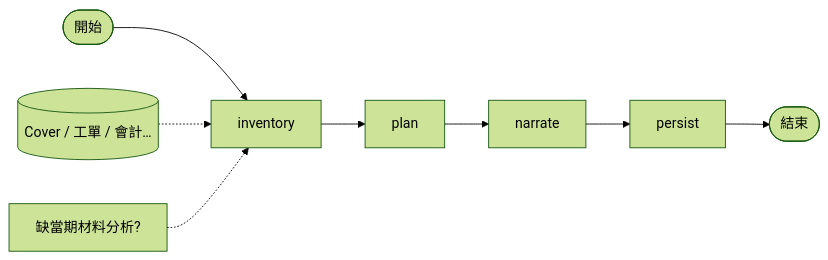
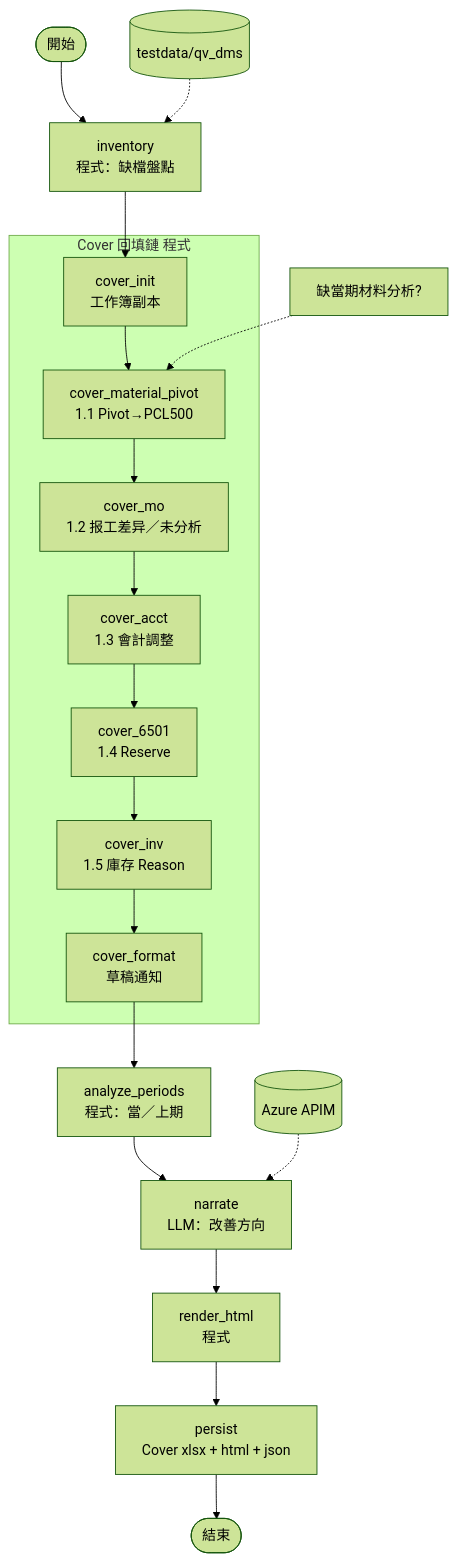
Before and after one commit to jellyfish00001/MoAgentChat_Work: the first of 2 diagrams in docs/flow-templates/03-範本-qv_dms_pipeline.md, drawn with Mermaid (forest theme). The commit also changed other lines of this file and 42 other files, not shown here.

````diff
--- a/docs/flow-templates/03-範本-qv_dms_pipeline.md
+++ b/docs/flow-templates/03-範本-qv_dms_pipeline.md
@@ -14,10 +24,24 @@
 ```mermaid
-flowchart LR
-  S([開始]) --> I[inventory]
-  I --> P[plan]
-  P --> N[narrate]
-  N --> W[persist]
-  W --> E([結束])
-  Files[(Cover / 工單 / 會計…)] -.-> I
-  Missing[缺當期材料分析?] -.-> I
+flowchart TD
+  S([開始]) --> Inv[inventory<br/>程式：缺檔盤點]
+  Inv --> Init[cover_init<br/>工作簿副本]
+
+  subgraph coverChain [Cover 回填鏈 程式]
+    Init --> M1[cover_material_pivot<br/>1.1 Pivot→PCL500]
+    M1 --> M2[cover_mo<br/>1.2 报工差异／未分析]
+    M2 --> M3[cover_acct<br/>1.3 會計調整]
+    M3 --> M4[cover_6501<br/>1.4 Reserve]
+    M4 --> M5[cover_inv<br/>1.5 庫存 Reason]
+    M5 --> Fmt[cover_format<br/>草稿通知]
+  end
+
+  Fmt --> AP[analyze_periods<br/>程式：當／上期]
+  AP --> N[narrate<br/>LLM：改善方向]
+  N --> H[render_html<br/>程式]
+  H --> P[persist<br/>Cover xlsx + html + json]
+  P --> E([結束])
+
+  Files[(testdata/qv_dms)] -.-> Inv
+  Miss[缺當期材料分析?] -.-> M1
+  APIM[(Azure APIM)] -.-> N
 ```
````
